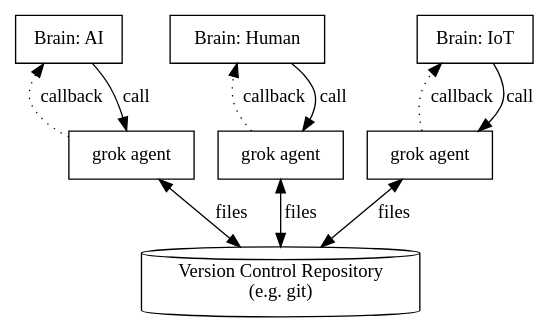
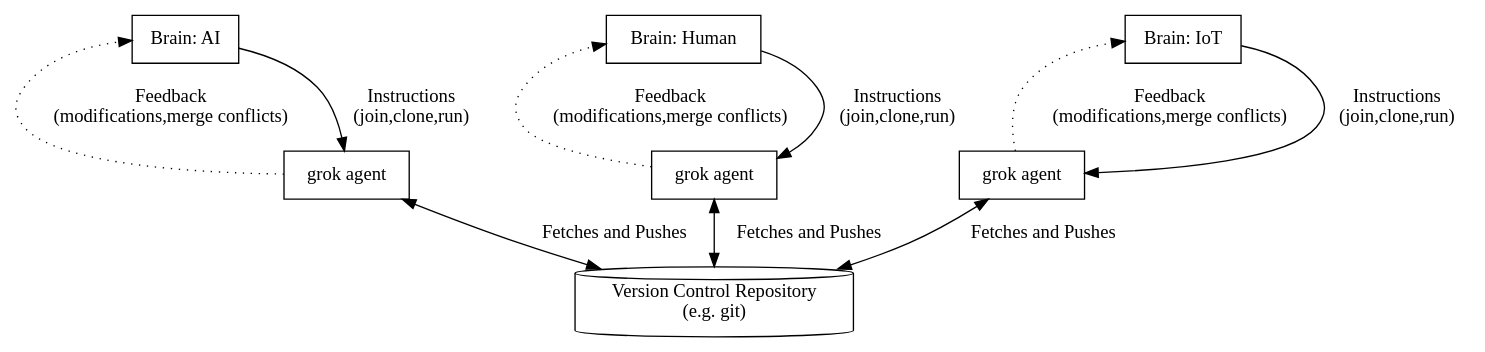
The diagram in 2023-12-12/agent.dot (ciwg/workshops), drawn with Graphviz before and after one commit. The commit also changed 14 other files, not shown here.

```diff
--- a/2023-12-12/agent.dot
+++ b/2023-12-12/agent.dot
@@ -1,23 +1,23 @@
 digraph G {
     rankdir=BT;
     node [shape=cylinder];
     "versioning" [label="Version Control Repository\n(e.g. git)"];
     node [shape=box];
     
     "grok agent 1" [label="grok agent"];
     "grok agent 2" [label="grok agent"];
     "grok agent 3" [label="grok agent"];
 
-    "versioning" -> "grok agent 1" [label="files", dir="both"];
-    "versioning" -> "grok agent 2" [label="files", dir="both"];
-    "versioning" -> "grok agent 3" [label="files", dir="both"];
+    "versioning" -> "grok agent 1" [label="Fetches and Pushes", dir="both"];
+    "versioning" -> "grok agent 2" [label="Fetches and Pushes", dir="both"];
+    "versioning" -> "grok agent 3" [label="Fetches and Pushes", dir="both"];
     
-    "grok agent 1" -> "Brain: AI" [label="callback", dir="forward", style=dotted];
-    "Brain: AI" -> "grok agent 1" [label="call", dir="forward"];
+    "grok agent 1" -> "Brain: AI" [label="Feedback\n(modifications,merge conflicts)", dir="forward", style=dotted];
+    "Brain: AI" -> "grok agent 1" [label="Instructions\n(join,clone,run)", dir="forward"];
 
-    "grok agent 2" -> "Brain: Human" [label="callback", dir="forward", style=dotted];
-    "Brain: Human" -> "grok agent 2" [label="call", dir="forward"];
+    "grok agent 2" -> "Brain: Human" [label="Feedback\n(modifications,merge conflicts)", dir="forward", style=dotted];
+    "Brain: Human" -> "grok agent 2" [label="Instructions\n(join,clone,run)", dir="forward"];
 
-    "grok agent 3" -> "Brain: IoT" [label="callback", dir="forward", style=dotted];
-    "Brain: IoT" -> "grok agent 3" [label="call", dir="forward"];
+    "grok agent 3" -> "Brain: IoT" [label="Feedback\n(modifications,merge conflicts)", dir="forward", style=dotted];
+    "Brain: IoT" -> "grok agent 3" [label="Instructions\n(join,clone,run)", dir="forward"];
 }
```
